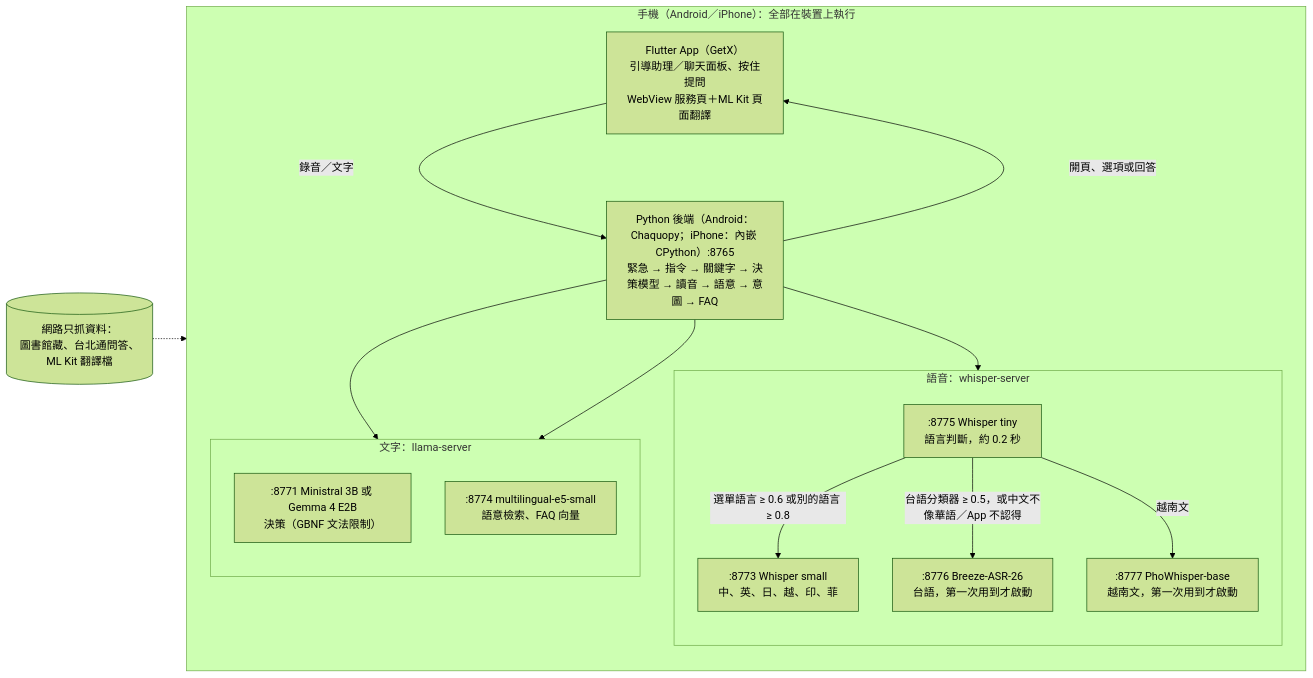
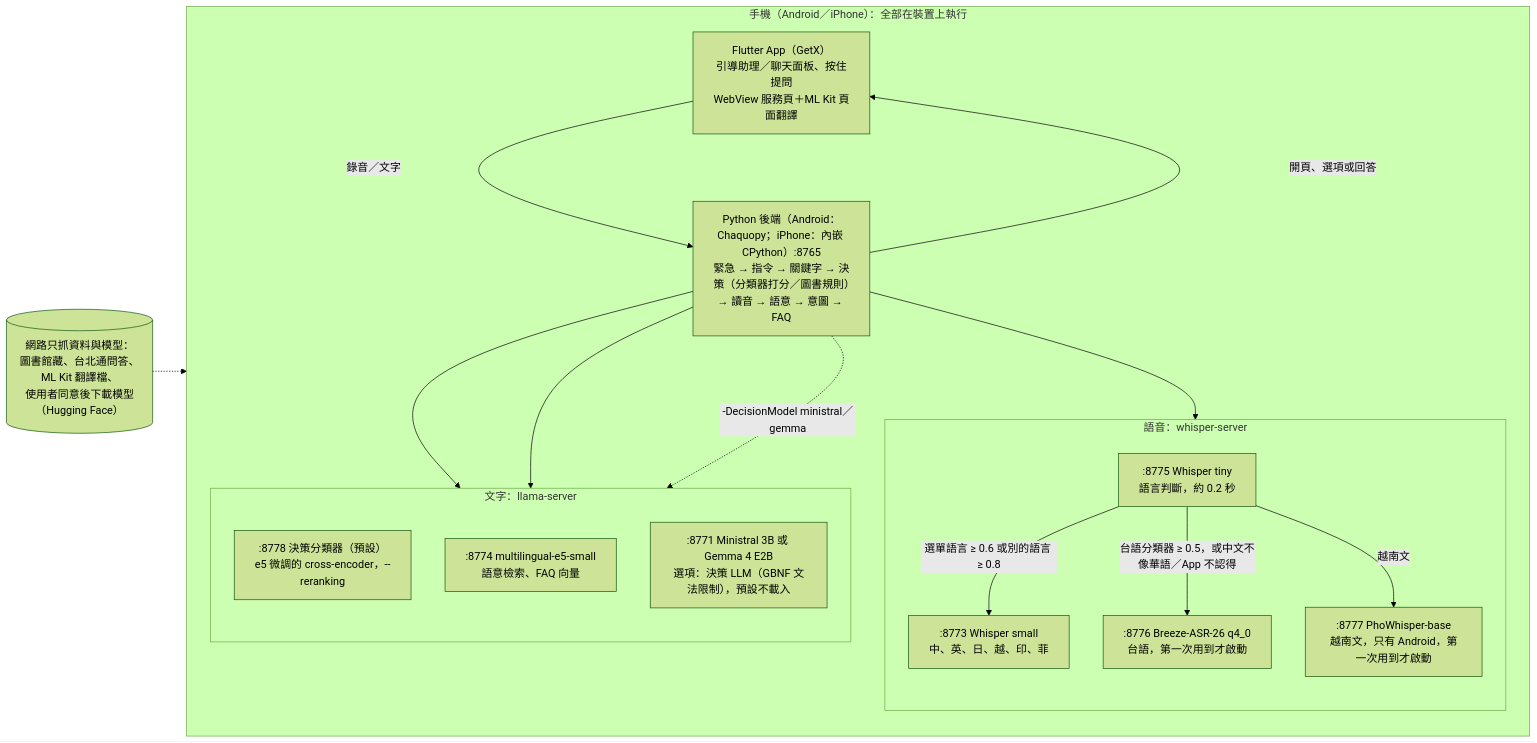
The first of 2 diagrams in README.md (goodmorning1226/TownPass), drawn with Mermaid (forest theme) before and after one commit. The commit also changed other lines of this file and 5 other files, not shown here.

````diff
--- a/README.md
+++ b/README.md
@@ -180,31 +189,33 @@
 ```mermaid
 flowchart LR
     subgraph phone["手機（Android／iPhone）：全部在裝置上執行"]
         direction TB
         app["Flutter App（GetX）<br/>引導助理／聊天面板、按住提問<br/>WebView 服務頁＋ML Kit 頁面翻譯"]
-        backend["Python 後端（Android：Chaquopy；iPhone：內嵌 CPython）:8765<br/>緊急 → 指令 → 關鍵字 → 決策模型 → 讀音 → 語意 → 意圖 → FAQ"]
+        backend["Python 後端（Android：Chaquopy；iPhone：內嵌 CPython）:8765<br/>緊急 → 指令 → 關鍵字 → 決策（分類器打分／圖書規則）→ 讀音 → 語意 → 意圖 → FAQ"]
         subgraph speech["語音：whisper-server"]
             direction TB
             tiny[":8775 Whisper tiny<br/>語言判斷，約 0.2 秒"]
             small[":8773 Whisper small<br/>中、英、日、越、印、菲"]
-            breeze[":8776 Breeze-ASR-26<br/>台語，第一次用到才啟動"]
-            pho[":8777 PhoWhisper-base<br/>越南文，第一次用到才啟動"]
+            breeze[":8776 Breeze-ASR-26 q4_0<br/>台語，第一次用到才啟動"]
+            pho[":8777 PhoWhisper-base<br/>越南文，只有 Android，第一次用到才啟動"]
         end
         subgraph llm["文字：llama-server"]
             direction TB
-            decide[":8771 Ministral 3B 或 Gemma 4 E2B<br/>決策（GBNF 文法限制）"]
+            cls[":8778 決策分類器（預設）<br/>e5 微調的 cross-encoder，--reranking"]
             e5[":8774 multilingual-e5-small<br/>語意檢索、FAQ 向量"]
+            decide[":8771 Ministral 3B 或 Gemma 4 E2B<br/>選項：決策 LLM（GBNF 文法限制），預設不載入"]
         end
     end
-    net[("網路只抓資料：<br/>圖書館藏、台北通問答、ML Kit 翻譯檔")]
+    net[("網路只抓資料與模型：<br/>圖書館藏、台北通問答、ML Kit 翻譯檔、<br/>使用者同意後下載模型（Hugging Face）")]
 
     app -->|"錄音／文字"| backend
     backend -->|"開頁、選項或回答"| app
     backend --> tiny
     tiny -->|"選單語言 ≥ 0.6 或別的語言 ≥ 0.8"| small
     tiny -->|"台語分類器 ≥ 0.5，或中文不像華語／App 不認得"| breeze
     tiny -->|"越南文"| pho
-    backend --> decide
+    backend --> cls
     backend --> e5
+    backend -.->|"-DecisionModel ministral／gemma"| decide
     net -.-> app
 ```
````
